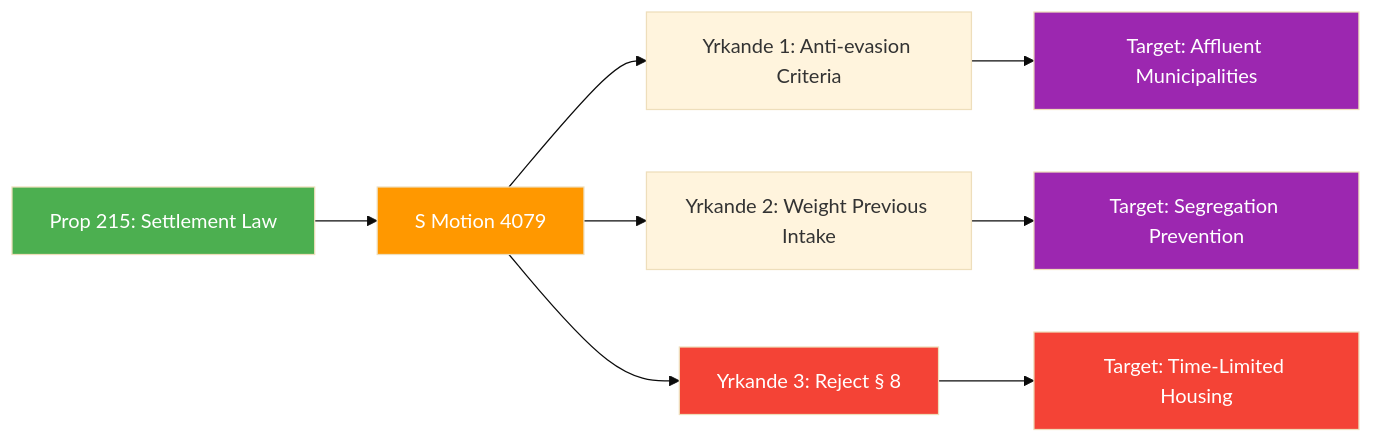
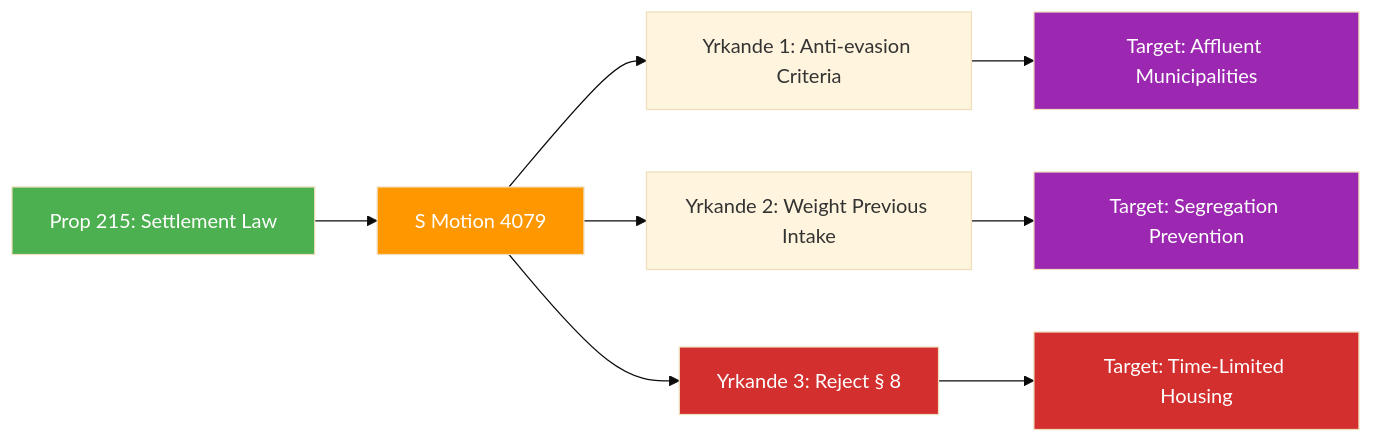
Before and after one commit to Hack23/riksdagsmonitor: the diagram in analysis/daily/2026-04-15/realtime-1029/documents/hd024079-analysis.md, drawn with Mermaid (base theme). The commit also changed 785 other files, not shown here.

First line of the commit message:
Normalize mermaid colors across 786 analysis artifacts to ISMS Style Guide palette

````diff
--- a/analysis/daily/2026-04-15/realtime-1029/documents/hd024079-analysis.md
+++ b/analysis/daily/2026-04-15/realtime-1029/documents/hd024079-analysis.md
@@ -43,18 +43,18 @@
 ```mermaid
 graph LR
     A["Prop 215: Settlement Law"] --> B["S Motion 4079"]
     B --> C["Yrkande 1: Anti-evasion Criteria"]
     B --> D["Yrkande 2: Weight Previous Intake"]
     B --> E["Yrkande 3: Reject § 8"]
     
     C --> F["Target: Affluent Municipalities"]
     D --> G["Target: Segregation Prevention"]
     E --> H["Target: Time-Limited Housing"]
     
-    style A fill:#4CAF50,color:#fff
-    style B fill:#FF9800,color:#fff
-    style E fill:#f44336,color:#fff
-    style F fill:#9C27B0,color:#fff
-    style G fill:#9C27B0,color:#fff
-    style H fill:#f44336,color:#fff
+    style A fill:#4CAF50,color:#FFFFFF
+    style B fill:#FF9800,color:#FFFFFF
+    style E fill:#D32F2F,color:#FFFFFF
+    style F fill:#9C27B0,color:#FFFFFF
+    style G fill:#9C27B0,color:#FFFFFF
+    style H fill:#D32F2F,color:#FFFFFF
 ```
````
